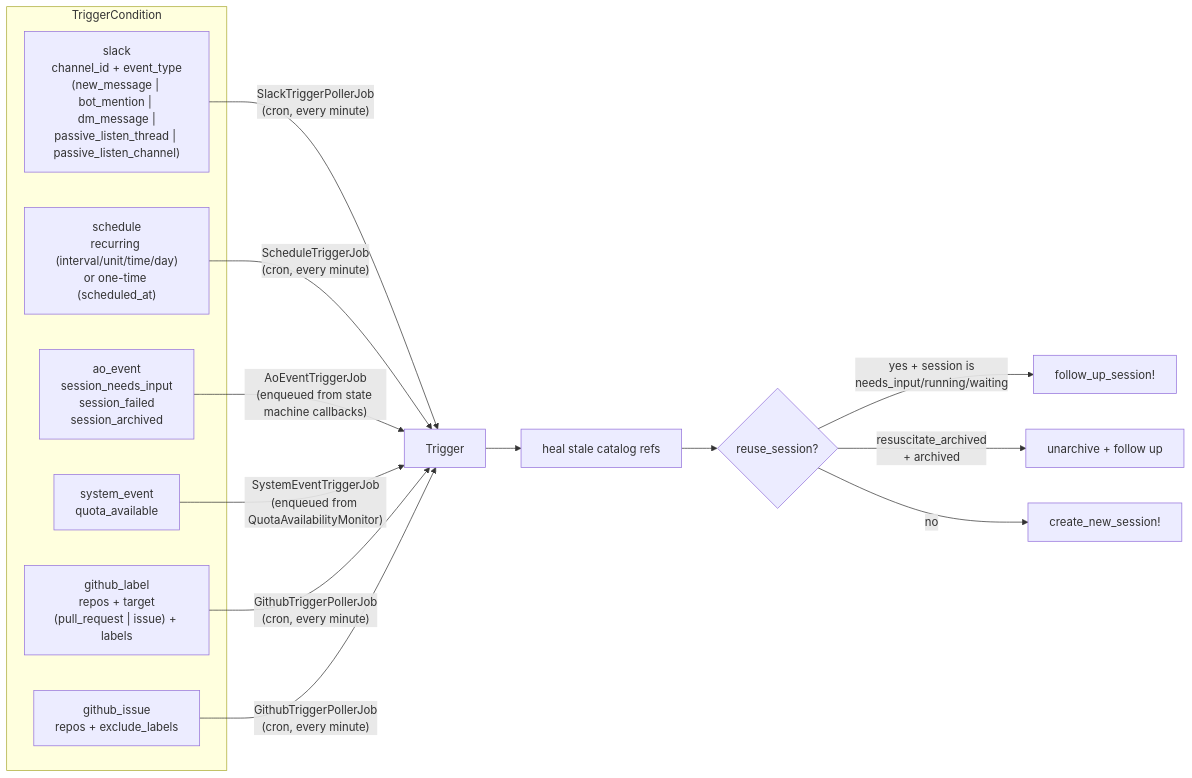
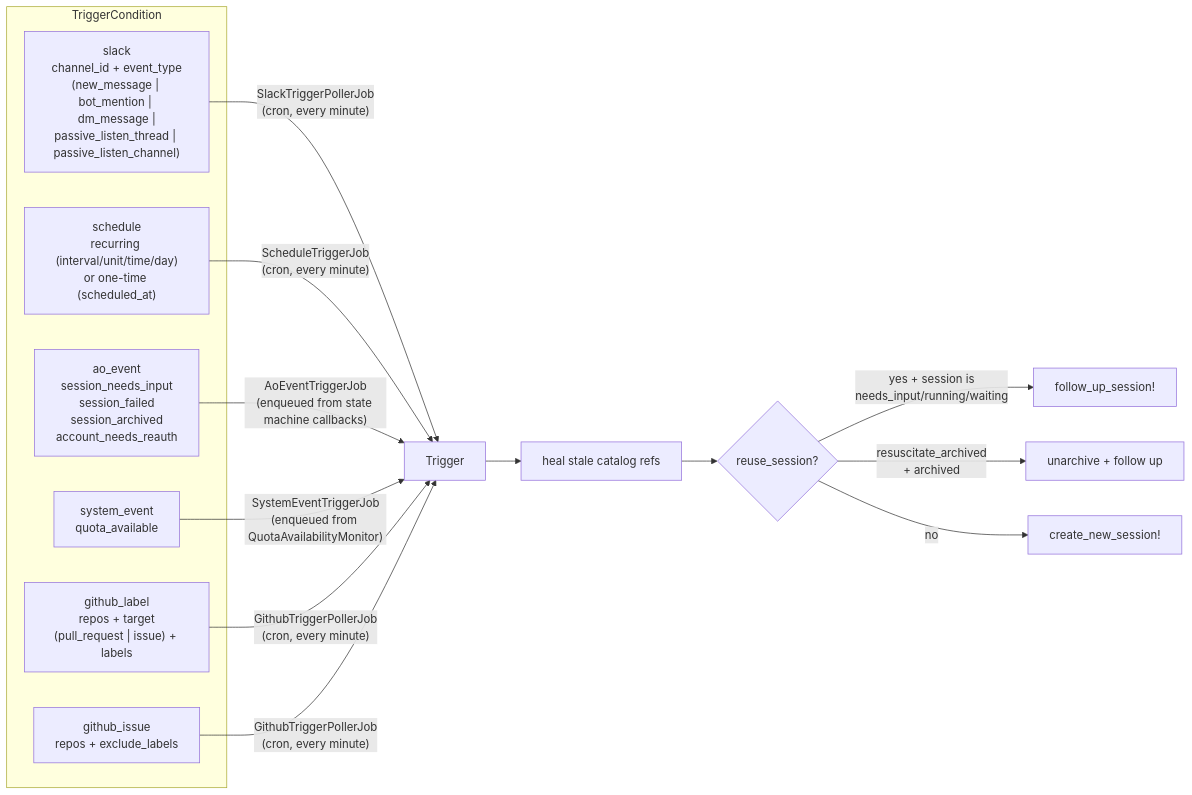
The first of 2 diagrams in docs/src/content/docs/sessions/triggers.md (tadasant/zimmer), drawn with Mermaid before and after one commit. The commit also changed other lines of this file and 43 other files, not shown here.

First line of the commit message:
feat(auth): give interactive login its own queue lane, and make needs_reauth a Trigger (#593)

````diff
--- a/docs/src/content/docs/sessions/triggers.md
+++ b/docs/src/content/docs/sessions/triggers.md
@@ -15,24 +15,24 @@
 ```mermaid
 flowchart LR
     subgraph conditions["TriggerCondition"]
         SL["slack<br/>channel_id + event_type<br/>(new_message | bot_mention | dm_message |<br/>passive_listen_thread | passive_listen_channel)"]
         SC["schedule<br/>recurring (interval/unit/time/day)<br/>or one-time (scheduled_at)"]
-        AO["ao_event<br/>session_needs_input<br/>session_failed<br/>session_archived"]
+        AO["ao_event<br/>session_needs_input<br/>session_failed<br/>session_archived<br/>account_needs_reauth"]
         SE["system_event<br/>quota_available"]
         GL["github_label<br/>repos + target<br/>(pull_request | issue) + labels"]
         GI["github_issue<br/>repos + exclude_labels"]
     end
 
     SL -->|"SlackTriggerPollerJob<br/>(cron, every minute)"| T["Trigger"]
     SC -->|"ScheduleTriggerJob<br/>(cron, every minute)"| T
     AO -->|"AoEventTriggerJob<br/>(enqueued from state machine callbacks)"| T
     SE -->|"SystemEventTriggerJob<br/>(enqueued from QuotaAvailabilityMonitor)"| T
     GL -->|"GithubTriggerPollerJob<br/>(cron, every minute)"| T
     GI -->|"GithubTriggerPollerJob<br/>(cron, every minute)"| T
 
     T --> H["heal stale catalog refs"]
     H --> D{"reuse_session?"}
     D -->|"yes + session is<br/>needs_input/running/waiting"| FU["follow_up_session!"]
     D -->|"resuscitate_archived<br/>+ archived"| RS["unarchive + follow up"]
     D -->|no| NEW["create_new_session!"]
 ```
````
